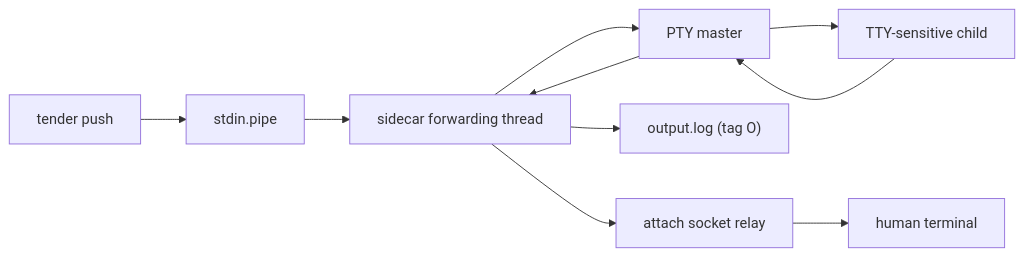
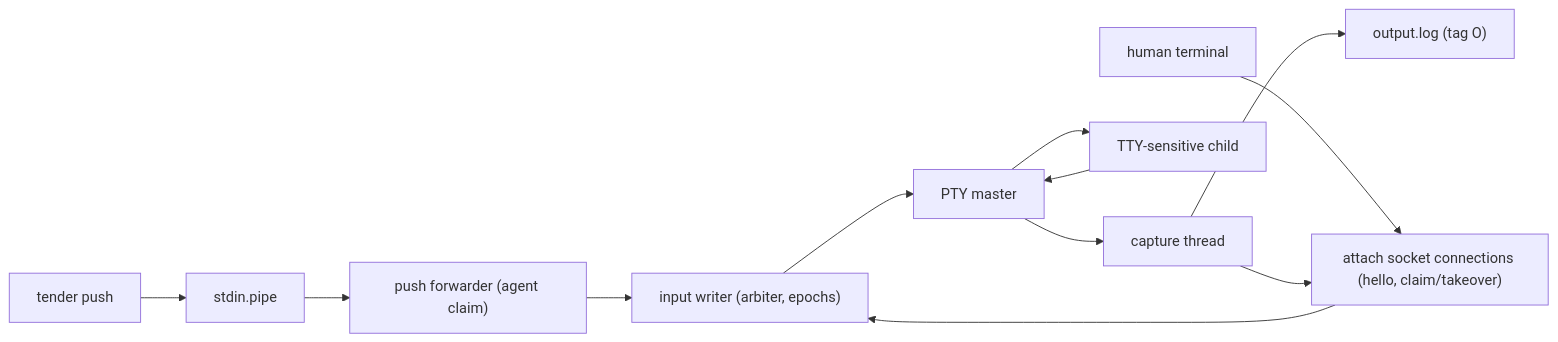
One commit to grumpydevorg/agenttender changed the second of 2 diagrams in docs/architecture/04-pty-lane.md. Above: the diagram before and after it, drawn with Mermaid. The commit also changed other lines of this file and 9 other files, not shown here.

````diff
--- a/docs/architecture/04-pty-lane.md
+++ b/docs/architecture/04-pty-lane.md
@@ -35,12 +45,14 @@
 ```mermaid
 flowchart LR
     Push["tender push"] --> FIFO["stdin.pipe"]
-    FIFO --> Sidecar["sidecar forwarding thread"]
-    Sidecar --> PTY["PTY master"]
+    FIFO --> Forwarder["push forwarder (agent claim)"]
+    Human["human terminal"] --> Attach["attach socket connections (hello, claim/takeover)"]
+    Forwarder --> Writer["input writer (arbiter, epochs)"]
+    Attach --> Writer
+    Writer --> PTY["PTY master"]
     PTY --> Child["TTY-sensitive child"]
     Child --> PTY
-    PTY --> Sidecar
-    Sidecar --> Log["output.log (tag O)"]
-    Sidecar --> Attach["attach socket relay"]
-    Attach --> Human["human terminal"]
+    PTY --> Capture["capture thread"]
+    Capture --> Log["output.log (tag O)"]
+    Capture --> Attach
 ```
````
